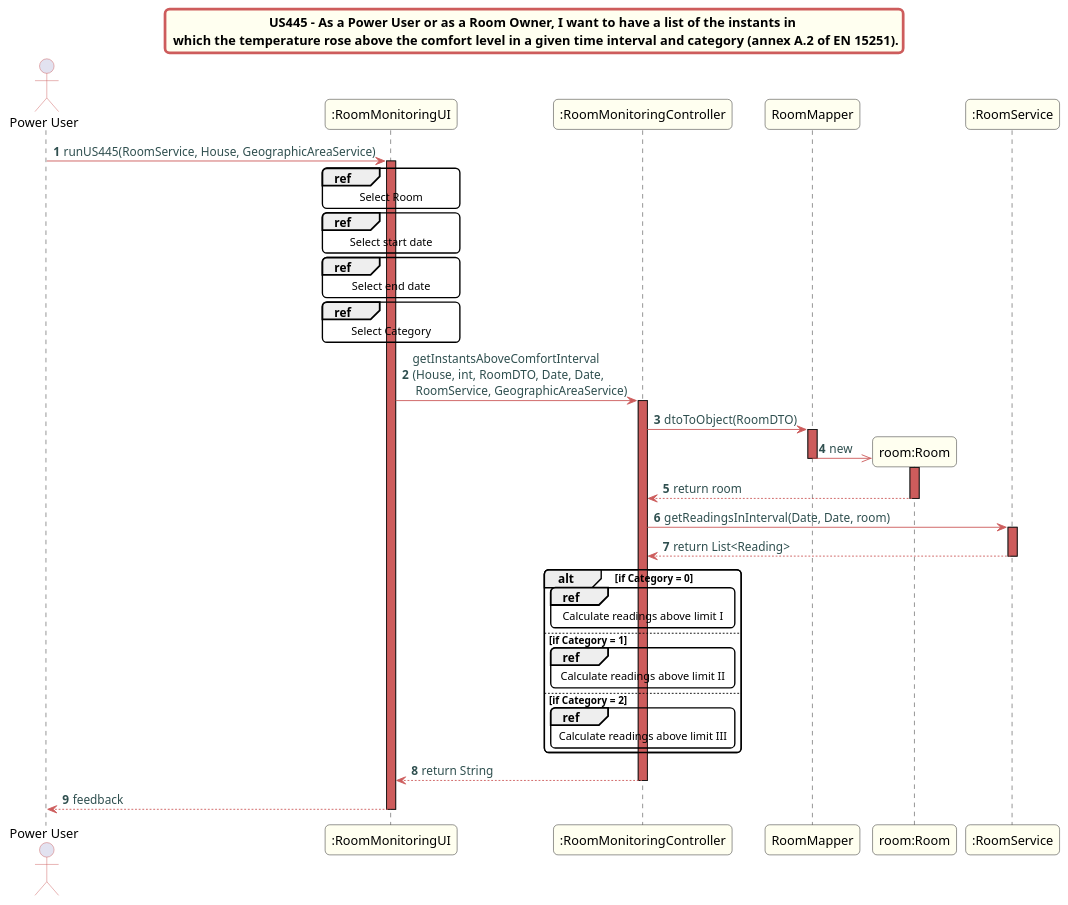
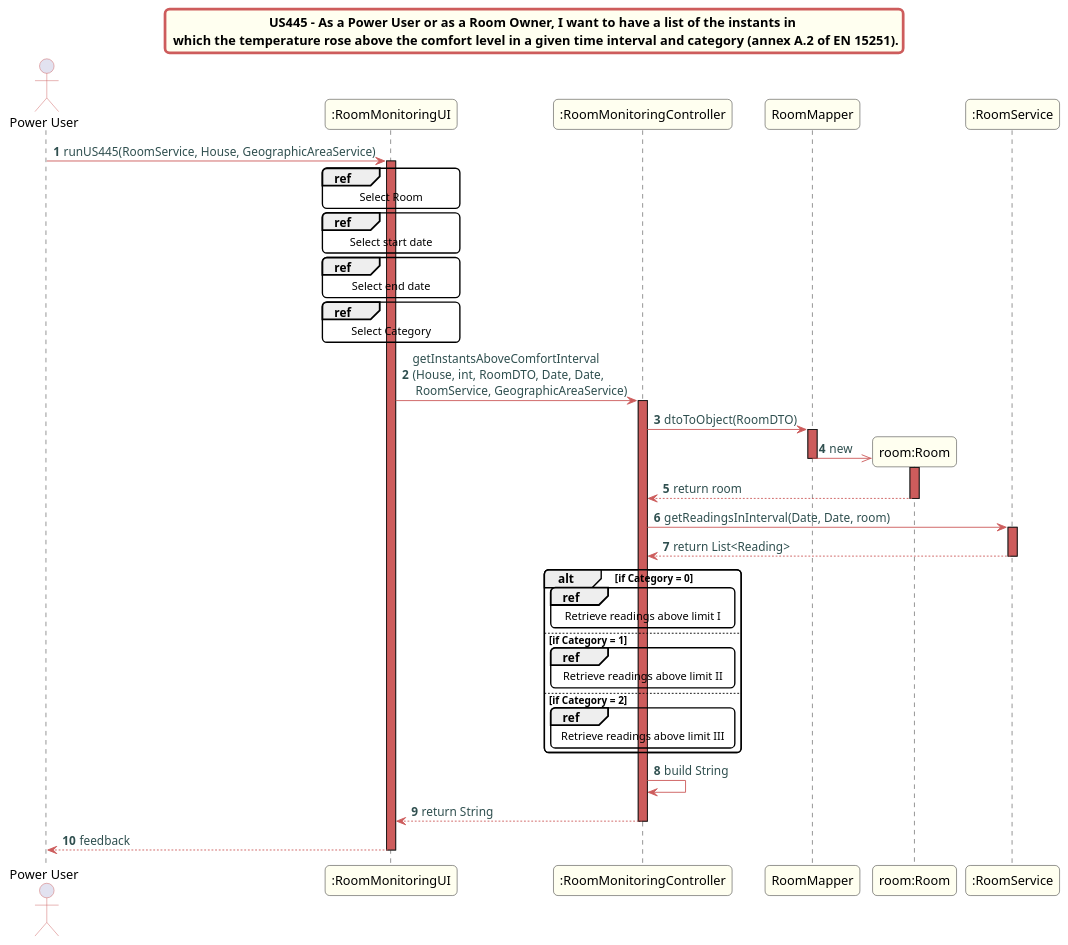
The diagram in src/doc/Controllers/RoomMonitoring/US445/US445_sd_RoomMonitoring.puml (Almadanmp/project), drawn with PlantUML before and after one commit. The commit also changed 2 other files, not shown here.

Commit message:
REF #259 - Sub-Issue: Add US445 Sequence Diagram and Class Diagram
Fix UMLs.

```diff
--- a/src/doc/Controllers/RoomMonitoring/US445/US445_sd_RoomMonitoring.puml
+++ b/src/doc/Controllers/RoomMonitoring/US445/US445_sd_RoomMonitoring.puml
@@ -1,73 +1,74 @@
 @startuml
 skinparam titleBorderRoundCorner 10
 skinparam titleBorderThickness 3
 skinparam titleBorderColor indianred
 skinparam titleBackgroundColor ivory
 skinparam FontName quicksand
 
 skinparam actor {
  	BorderColor indianred
  	}
 
  skinparam sequence {
  	LifeLineBackgroundColor indianred
  	ParticipantBackgroundColor ivory
  }
 
  skinparam roundcorner 10
 
  skinparam component {
    arrowThickness 1
    ArrowFontName Verdana
    ArrowColor indianred
    ArrowFontColor darkslategrey
  }
 title US445 - As a Power User or as a Room Owner, I want to have a list of the instants in \n which the temperature rose above the comfort level in a given time interval and category (annex A.2 of EN 15251).
 autonumber
 actor "Power User"
 "Power User" -> ":RoomMonitoringUI": runUS445(RoomService, House, GeographicAreaService)
 activate ":RoomMonitoringUI"
 ref over ":RoomMonitoringUI"
 Select Room
 end ref
 ref over ":RoomMonitoringUI"
 Select start date
 end ref
 ref over ":RoomMonitoringUI"
 Select end date
 end ref
 ref over ":RoomMonitoringUI"
 Select Category
 end ref
 ":RoomMonitoringUI" -> ":RoomMonitoringController": getInstantsAboveComfortInterval\n(House, int, RoomDTO, Date, Date,\n RoomService, GeographicAreaService)
 activate ":RoomMonitoringController"
 ":RoomMonitoringController" -> RoomMapper: dtoToObject(RoomDTO)
 create "room:Room"
 activate RoomMapper
 RoomMapper ->> "room:Room": new
 deactivate RoomMapper
 activate "room:Room"
 "room:Room" --> ":RoomMonitoringController": return room
 deactivate "room:Room"
 ":RoomMonitoringController" -> ":RoomService": getReadingsInInterval(Date, Date, room)
 activate ":RoomService"
 ":RoomService" --> ":RoomMonitoringController": return List<Reading>
 deactivate ":RoomService"
 alt if Category = 0
 ref over ":RoomMonitoringController"
-Calculate readings above limit I
+Retrieve readings above limit I
 end ref
 else if Category = 1
 ref over ":RoomMonitoringController"
-Calculate readings above limit II
+Retrieve readings above limit II
 end ref
 else if Category = 2
 ref over ":RoomMonitoringController"
-Calculate readings above limit III
+Retrieve readings above limit III
 end ref
 end
+":RoomMonitoringController" -> ":RoomMonitoringController": build String
 ":RoomMonitoringController" --> ":RoomMonitoringUI": return String
 deactivate ":RoomMonitoringController"
 ":RoomMonitoringUI" --> "Power User": feedback
 deactivate ":RoomMonitoringUI"
 @enduml
```
